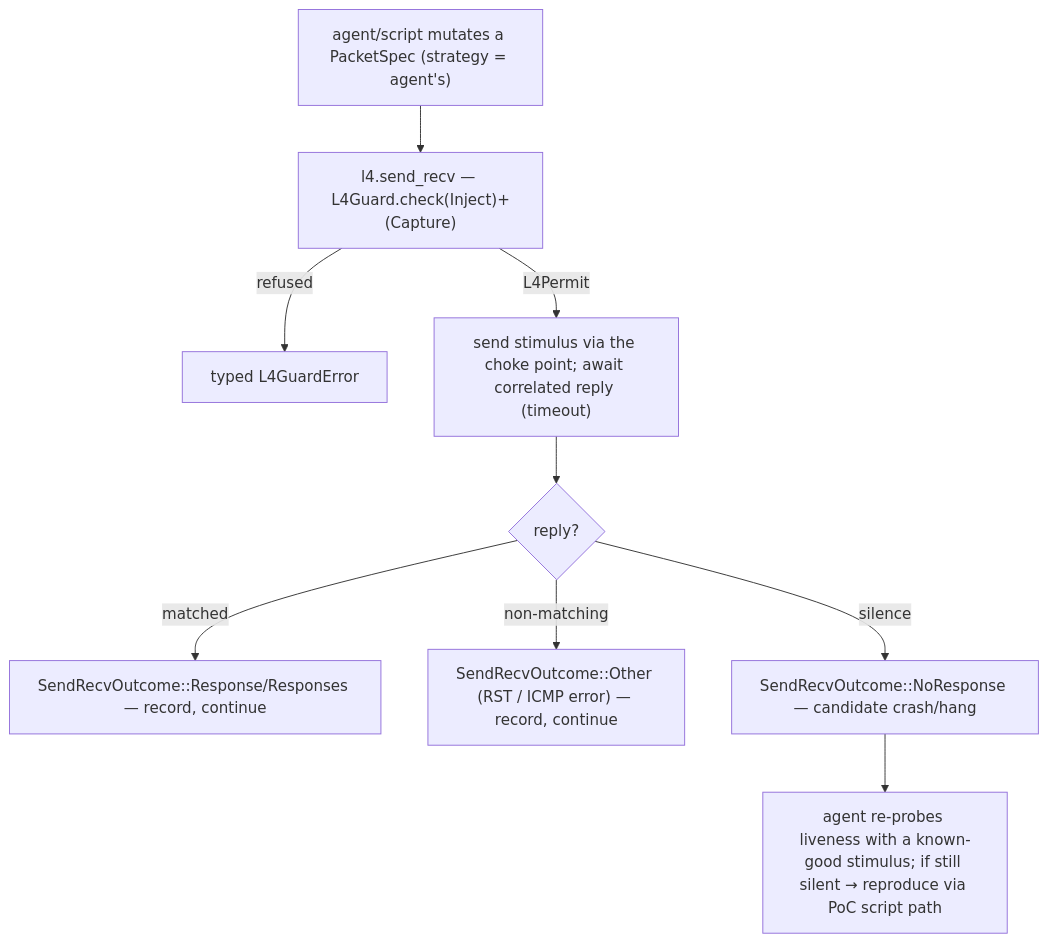
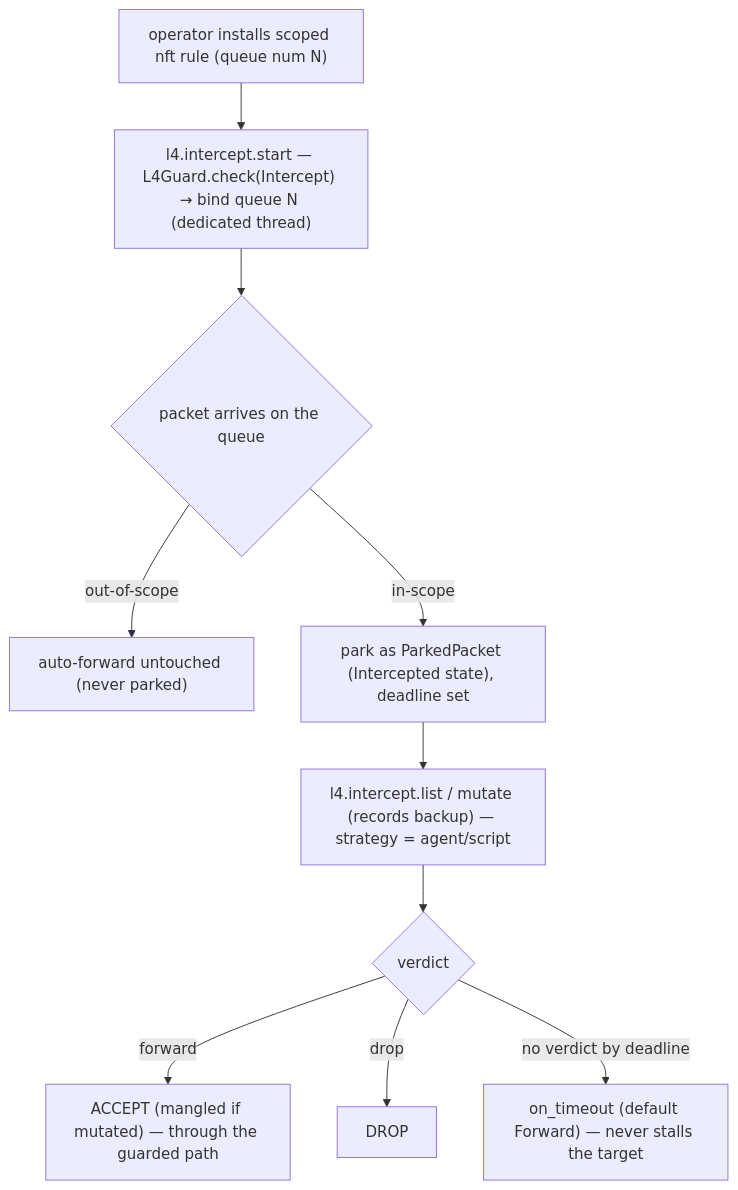
The third of 3 diagrams in docs/superpowers/specs/2026-10-27-aitmproxy-m5-l4-packet-mitm-design.md (mrbrutti/aitmproxy), drawn with Mermaid before and after one commit. The commit also changed other lines of this file and 2 other files, not shown here.

First line of the commit message:
docs(design): M5 in-path packet interception (NFQUEUE, Linux-first) + research note 09

````diff
--- a/docs/superpowers/specs/2026-10-27-aitmproxy-m5-l4-packet-mitm-design.md
+++ b/docs/superpowers/specs/2026-10-27-aitmproxy-m5-l4-packet-mitm-design.md
@@ -591,11 +627,12 @@
 ```mermaid
 flowchart TD
-  S["agent/script mutates a PacketSpec (strategy = agent's)"] --> T["l4.send_recv — L4Guard.check(Inject)+(Capture)"]
-  T -->|refused| RR["typed L4GuardError"]
-  T -->|L4Permit| U["send stimulus via the choke point; await correlated reply (timeout)"]
-  U --> V{"reply?"}
-  V -->|matched| W["SendRecvOutcome::Response/Responses — record, continue"]
-  V -->|non-matching| X["SendRecvOutcome::Other (RST / ICMP error) — record, continue"]
-  V -->|silence| Y["SendRecvOutcome::NoResponse — candidate crash/hang"]
-  Y --> Z["agent re-probes liveness with a known-good stimulus; if still silent → reproduce via PoC script path"]
+  P["operator installs scoped nft rule (queue num N)"] --> Q["l4.intercept.start — L4Guard.check(Intercept) → bind queue N (dedicated thread)"]
+  Q --> K{"packet arrives on the queue"}
+  K -->|out-of-scope| KF["auto-forward untouched (never parked)"]
+  K -->|in-scope| KP["park as ParkedPacket (Intercepted state), deadline set"]
+  KP --> M["l4.intercept.list / mutate (records backup) — strategy = agent/script"]
+  M --> V{"verdict"}
+  V -->|forward| VF["ACCEPT (mangled if mutated) — through the guarded path"]
+  V -->|drop| VD["DROP"]
+  V -->|no verdict by deadline| VT["on_timeout (default Forward) — never stalls the target"]
 ```
````
